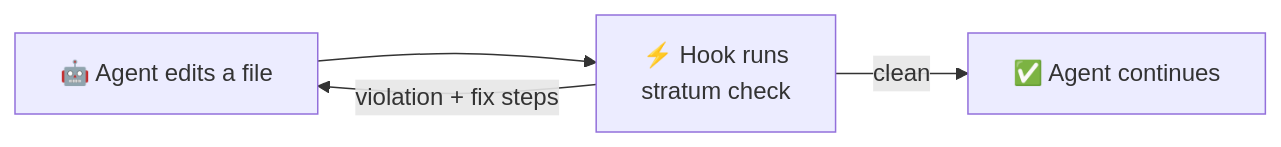
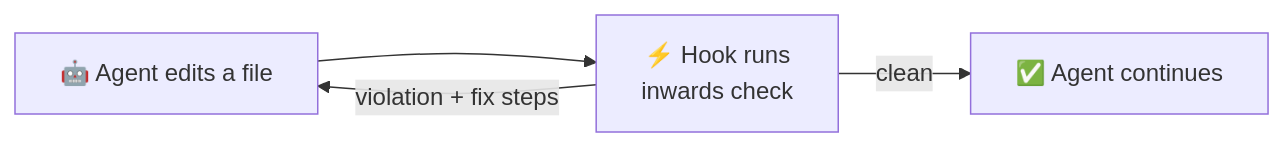
Before and after one commit to SirCypkowskyy/inwards: the diagram in docs/chapters/index.md, drawn with Mermaid. The commit also changed other lines of this file and 46 other files, not shown here.

First line of the commit message:
Rename Stratum to Inwards; publish docs on GitHub Pages

````diff
--- a/docs/chapters/index.md
+++ b/docs/chapters/index.md
@@ -32,6 +32,6 @@
 ```mermaid
 flowchart LR
-    agent["🤖 Agent edits a file"] --> hook["⚡ Hook runs<br/>stratum check"]
+    agent["🤖 Agent edits a file"] --> hook["⚡ Hook runs<br/>inwards check"]
     hook -- "violation + fix steps" --> agent
     hook -- "clean" --> cont["✅ Agent continues"]
 ```
````
